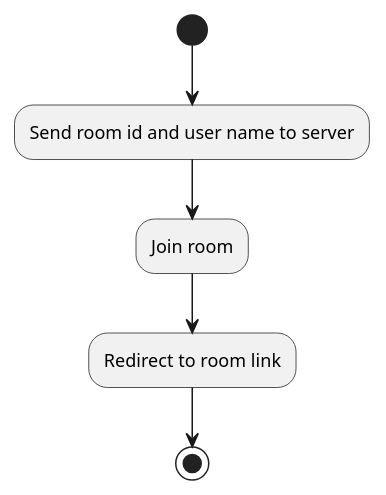
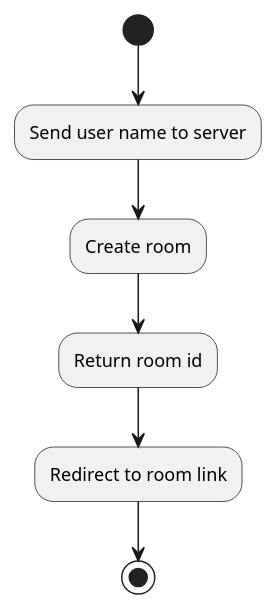
The diagram in videochat_docs/uml/activity/create_room_activity.puml (kariandreyka/Salam), drawn with PlantUML before and after one commit.

Commit message:
Fixed activities

```diff
--- a/videochat_docs/uml/activity/create_room_activity.puml
+++ b/videochat_docs/uml/activity/create_room_activity.puml
@@ -1,8 +1,9 @@
 @startuml Use Case Diagram
 
-(*) --> "Send room id and user name to server"
---> "Join room"
+(*) --> "Send user name to server"
+--> "Create room"
+--> "Return room id"
 --> "Redirect to room link"
 --> (*)
 
 @enduml
```
